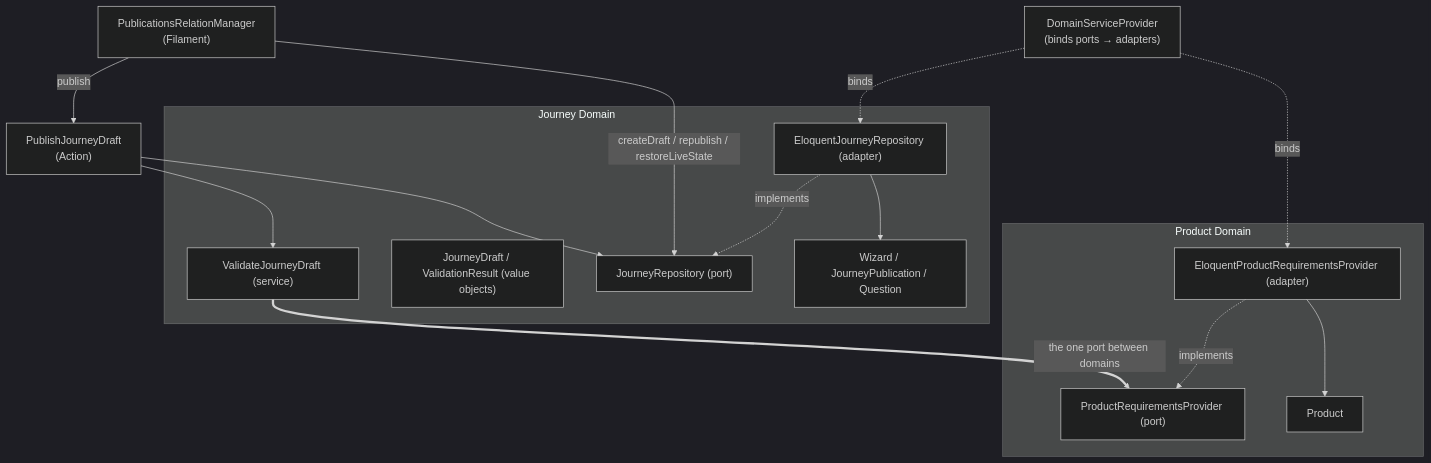
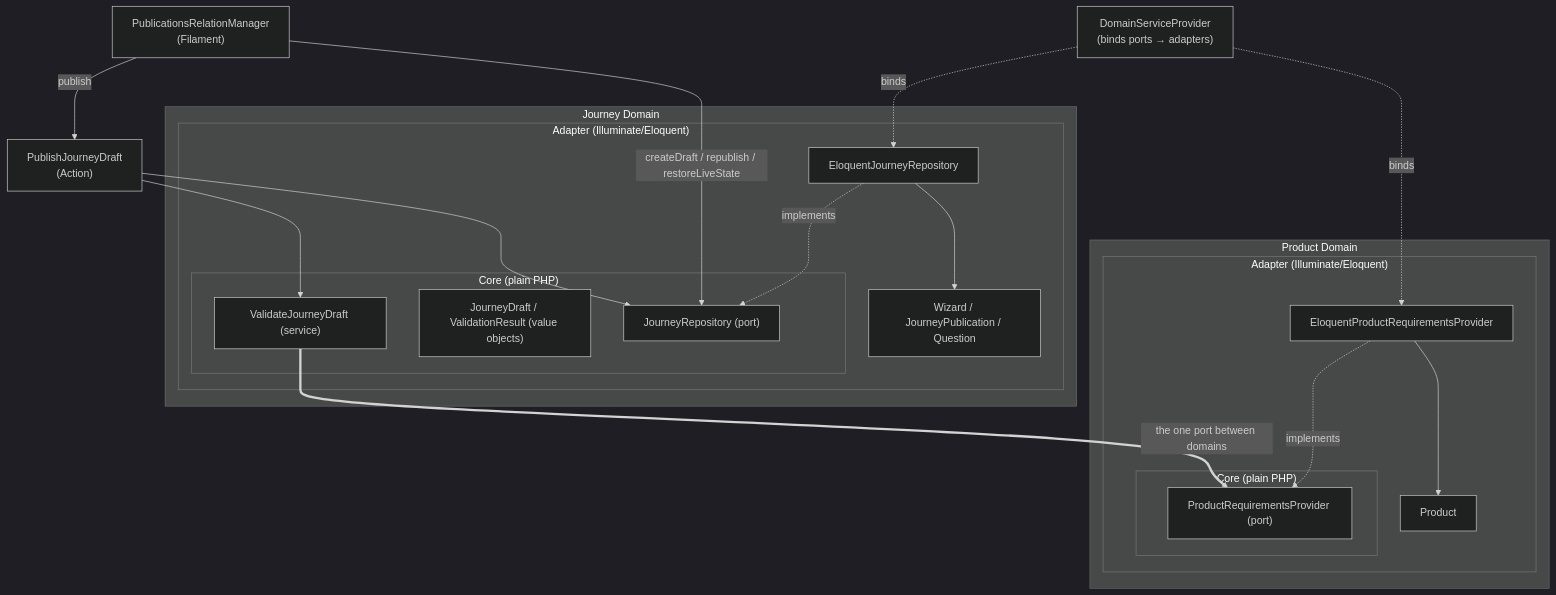
Before and after one commit to charles-wpalmer/tht-quote-form-wizard: the diagram in README.md, drawn with Mermaid (dark theme). The commit also changed other lines of this file, not shown here.

Commit message:
Diagram tweaks

````diff
--- a/README.md
+++ b/README.md
@@ -21,35 +21,45 @@
 ```mermaid
 flowchart TB
     RM["PublicationsRelationManager<br/>(Filament)"]
     Action["PublishJourneyDraft<br/>(Action)"]
     Provider["DomainServiceProvider<br/>(binds ports → adapters)"]
 
     subgraph JourneySide["Journey Domain"]
-        Validate["ValidateJourneyDraft (service)"]
-        Draft["JourneyDraft / ValidationResult (value objects)"]
-        JourneyPort["JourneyRepository (port)"]
-        JourneyAdapter["EloquentJourneyRepository (adapter)"]
-        WizardModels["Wizard / JourneyPublication / Question"]
+        subgraph JourneyAdapterRing["Adapter (Illuminate/Eloquent)"]
+            JourneyAdapter["EloquentJourneyRepository"]
+            WizardModels["Wizard / JourneyPublication / Question"]
 
-        JourneyAdapter -. implements .-> JourneyPort
-        JourneyAdapter --> WizardModels
+            subgraph JourneyCore["Core (plain PHP)"]
+                Validate["ValidateJourneyDraft (service)"]
+                Draft["JourneyDraft / ValidationResult (value objects)"]
+                JourneyPort["JourneyRepository (port)"]
+            end
+
+            JourneyAdapter -. implements .-> JourneyPort
+            JourneyAdapter --> WizardModels
+        end
     end
 
     subgraph ProductSide["Product Domain"]
-        ProductPort["ProductRequirementsProvider (port)"]
-        ProductAdapter["EloquentProductRequirementsProvider (adapter)"]
-        ProductModel["Product"]
+        subgraph ProductAdapterRing["Adapter (Illuminate/Eloquent)"]
+            ProductAdapter["EloquentProductRequirementsProvider"]
+            ProductModel["Product"]
 
-        ProductAdapter -. implements .-> ProductPort
-        ProductAdapter --> ProductModel
+            subgraph ProductCore["Core (plain PHP)"]
+                ProductPort["ProductRequirementsProvider (port)"]
+            end
+
+            ProductAdapter -. implements .-> ProductPort
+            ProductAdapter --> ProductModel
+        end
     end
 
     RM -- publish --> Action
     RM -- "createDraft / republish / restoreLiveState" --> JourneyPort
     Action --> Validate
     Action --> JourneyPort
     Validate == "the one port between domains" ==> ProductPort
 
     Provider -. binds .-> JourneyAdapter
     Provider -. binds .-> ProductAdapter
 ```
````
